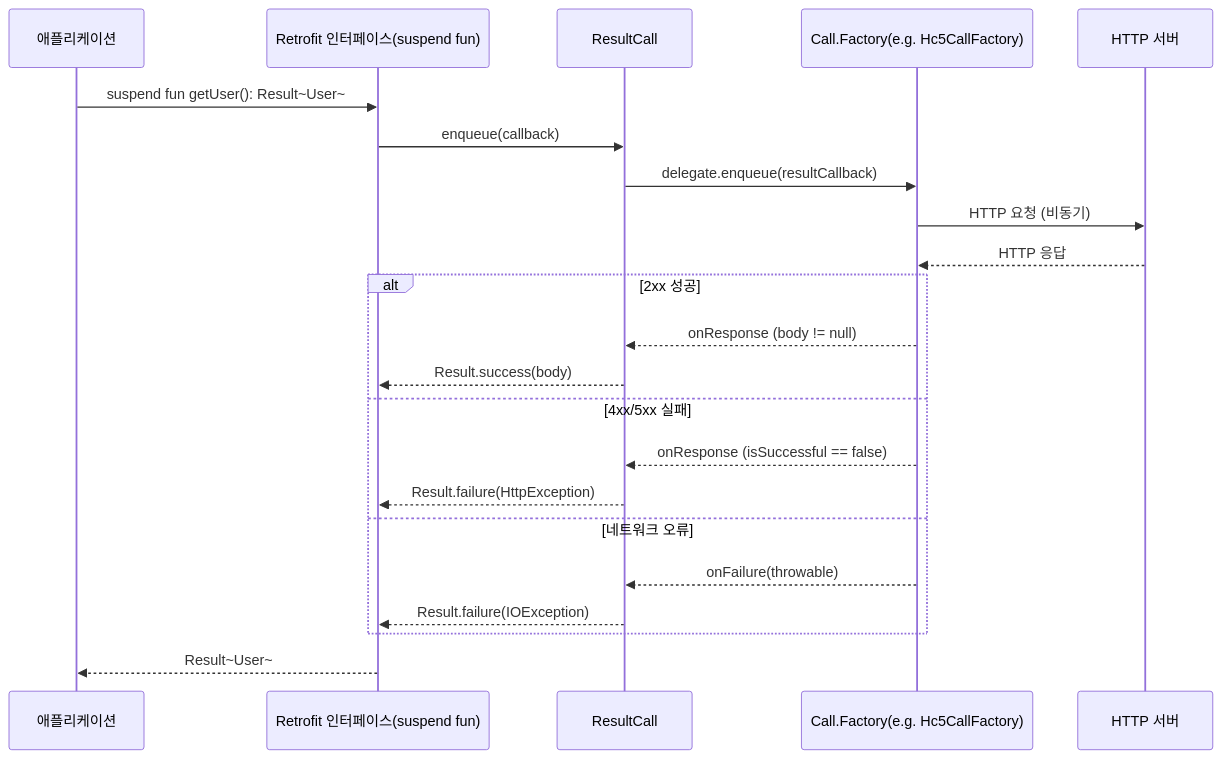
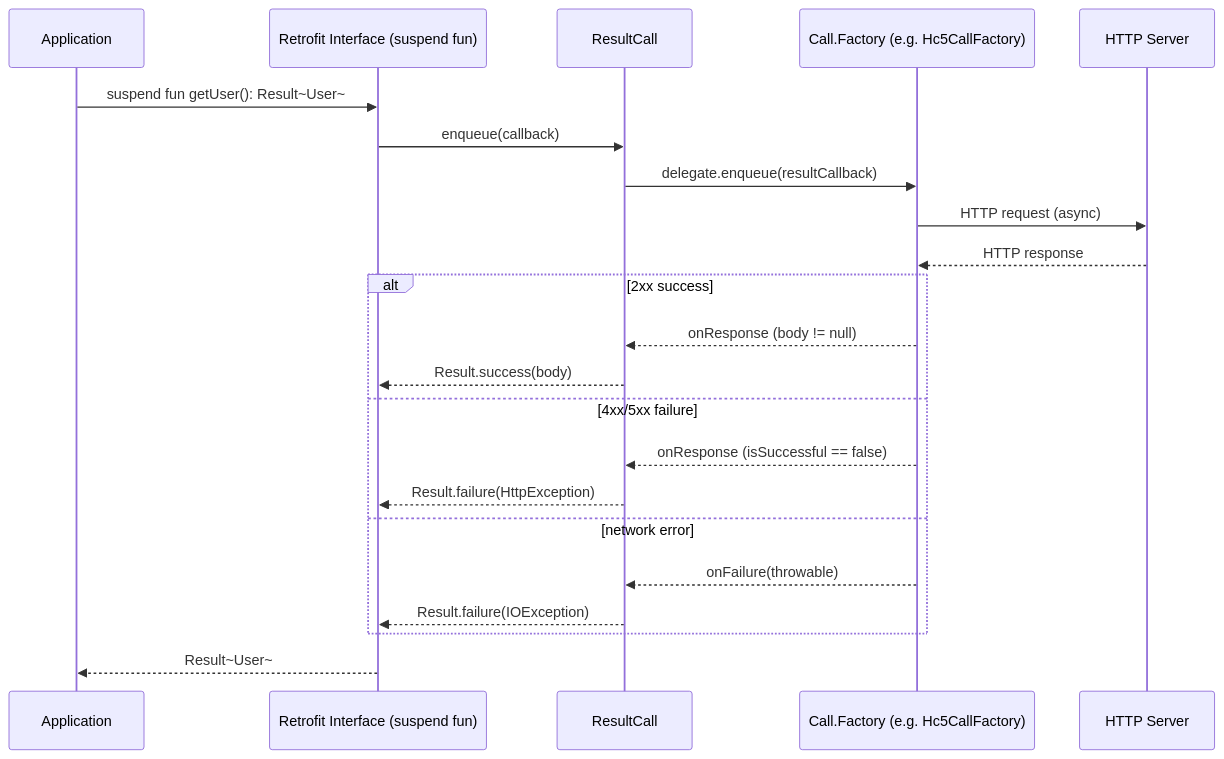
Before and after one commit to bluetape4k/bluetape4k-projects: the second of 2 diagrams in io/retrofit2/README.md, drawn with Mermaid. The commit also changed other lines of this file and 265 other files, not shown here.

````diff
--- a/io/retrofit2/README.md
+++ b/io/retrofit2/README.md
@@ -248,25 +249,25 @@
 ```mermaid
 sequenceDiagram
-    participant App as 애플리케이션
-    participant API as Retrofit 인터페이스(suspend fun)
+    participant App as Application
+    participant API as Retrofit Interface (suspend fun)
     participant RC as ResultCall
-    participant CF as Call.Factory(e.g. Hc5CallFactory)
-    participant Server as HTTP 서버
+    participant CF as Call.Factory (e.g. Hc5CallFactory)
+    participant Server as HTTP Server
 
     App->>API: suspend fun getUser(): Result~User~
     API->>RC: enqueue(callback)
     RC->>CF: delegate.enqueue(resultCallback)
-    CF->>Server: HTTP 요청 (비동기)
-    Server-->>CF: HTTP 응답
-    alt 2xx 성공
+    CF->>Server: HTTP request (async)
+    Server-->>CF: HTTP response
+    alt 2xx success
         CF-->>RC: onResponse (body != null)
         RC-->>API: Result.success(body)
-    else 4xx/5xx 실패
+    else 4xx/5xx failure
         CF-->>RC: onResponse (isSuccessful == false)
         RC-->>API: Result.failure(HttpException)
-    else 네트워크 오류
+    else network error
         CF-->>RC: onFailure(throwable)
         RC-->>API: Result.failure(IOException)
     end
     API-->>App: Result~User~
 ```
````
